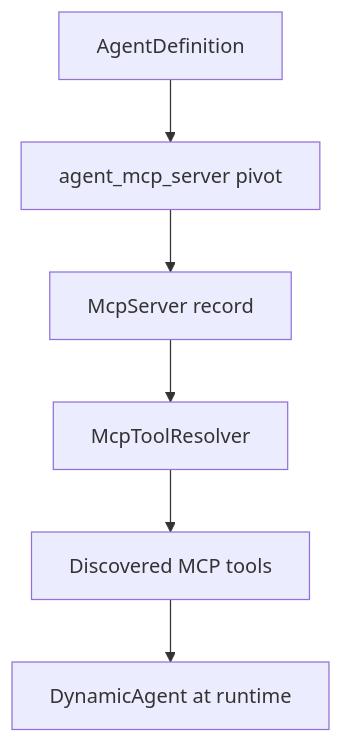
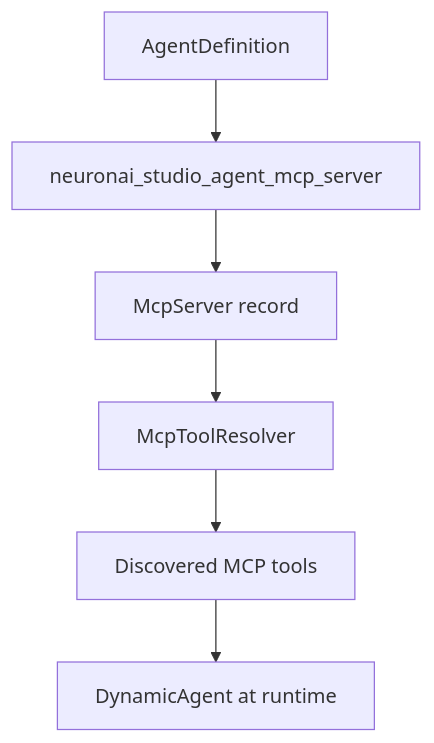
One commit to digitalelvis/neuronai-studio changed the diagram in docs/guides/mcp-servers/agent-binding.md. Above: the diagram before and after it, drawn with Mermaid. The commit also changed other lines of this file and 37 other files, not shown here.

````diff
--- a/docs/guides/mcp-servers/agent-binding.md
+++ b/docs/guides/mcp-servers/agent-binding.md
@@ -12,8 +12,8 @@
 ```mermaid
 flowchart TB
-    Agent[AgentDefinition] --> Pivot[agent_mcp_server pivot]
+    Agent[AgentDefinition] --> Pivot[neuronai_studio_agent_mcp_server]
     Pivot --> Server[McpServer record]
     Server --> Resolver[McpToolResolver]
     Resolver --> Tools[Discovered MCP tools]
     Tools --> DynamicAgent[DynamicAgent at runtime]
 ```
````
